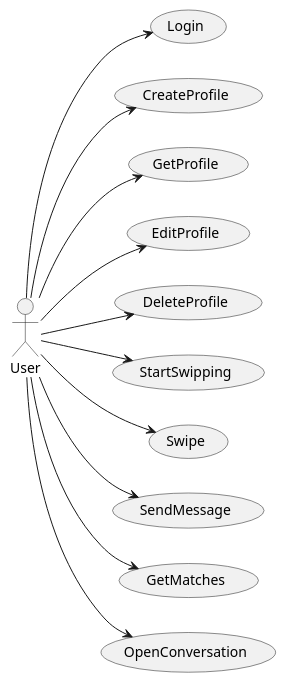
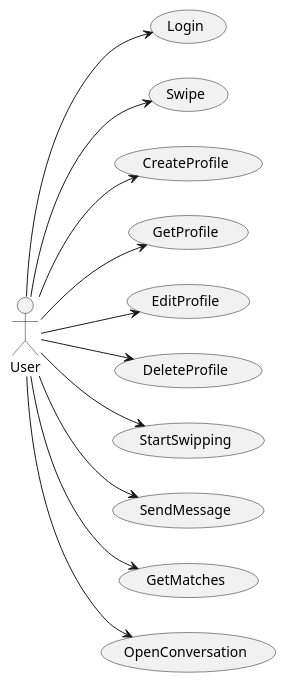
One commit to fraylopez/tinder changed the diagram in docs/src/use-cases/ main.puml. Above: the diagram before and after it, drawn with PlantUML. The commit also changed 1 other file, not shown here.

```diff
--- a/docs/src/use-cases/ main.puml
+++ b/docs/src/use-cases/ main.puml
@@ -1,31 +1,32 @@
 @startuml
 left to right direction
 
 actor User
 
 usecase Login
+usecase Swipe
 usecase CreateProfile 
+
 usecase GetProfile 
 usecase EditProfile 
 usecase DeleteProfile 
 usecase StartSwipping
-usecase Swipe
 usecase SendMessage
 usecase GetMatches
 usecase OpenConversation
 
 
 User --> Login
 User --> CreateProfile
 User --> DeleteProfile
 User --> EditProfile
 User --> GetProfile
 User --> SendMessage
 User --> OpenConversation
 User --> GetMatches
 User --> StartSwipping
 User --> Swipe
 
 
 
 @enduml
```
